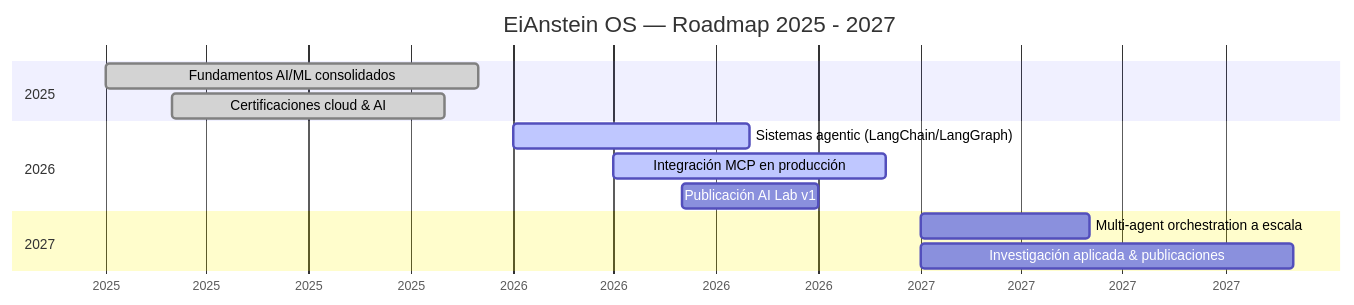
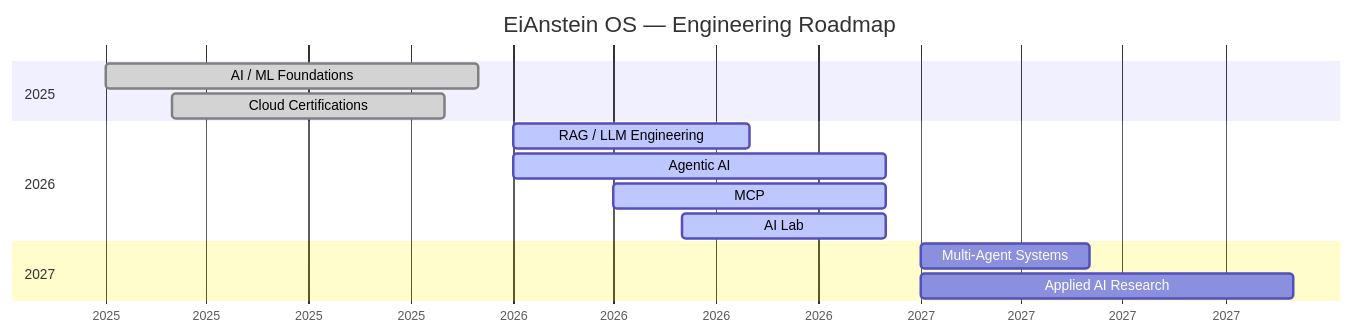
Before and after one commit to IselaDataMaven/IselaDataMaven: the diagram in README.md, drawn with Mermaid. The commit also changed other lines of this file, not shown here.

````diff
--- a/README.md
+++ b/README.md
@@ -455,19 +594,20 @@
 ```mermaid
 gantt
-    title EiAnstein OS — Roadmap 2025 - 2027
-    dateFormat  YYYY-MM
-    axisFormat  %Y
+    title EiAnstein OS — Engineering Roadmap
+    dateFormat YYYY-MM
+    axisFormat %Y
 
     section 2025
-    Fundamentos AI/ML consolidados        :done,    t1, 2025-01, 2025-12
-    Certificaciones cloud & AI            :done,    t2, 2025-03, 2025-11
+    AI / ML Foundations             :done, t1, 2025-01, 2025-12
+    Cloud Certifications            :done, t2, 2025-03, 2025-11
 
     section 2026
-    Sistemas agentic (LangChain/LangGraph) :active, t3, 2026-01, 2026-08
-    Integración MCP en producción          :active, t4, 2026-04, 2026-12
-    Publicación AI Lab v1                  :         t5, 2026-06, 2026-10
+    RAG / LLM Engineering            :active, t3, 2026-01, 2026-08
+    Agentic AI                       :active, t4, 2026-01, 2026-12
+    MCP                              :active, t5, 2026-04, 2026-12
+    AI Lab                           :active, t6, 2026-06, 2026-12
 
     section 2027
-    Multi-agent orchestration a escala     :         t6, 2027-01, 2027-06
-    Investigación aplicada & publicaciones :         t7, 2027-01, 2027-12
+    Multi-Agent Systems              :t7, 2027-01, 2027-06
+    Applied AI Research              :t8, 2027-01, 2027-12
 ```
````
